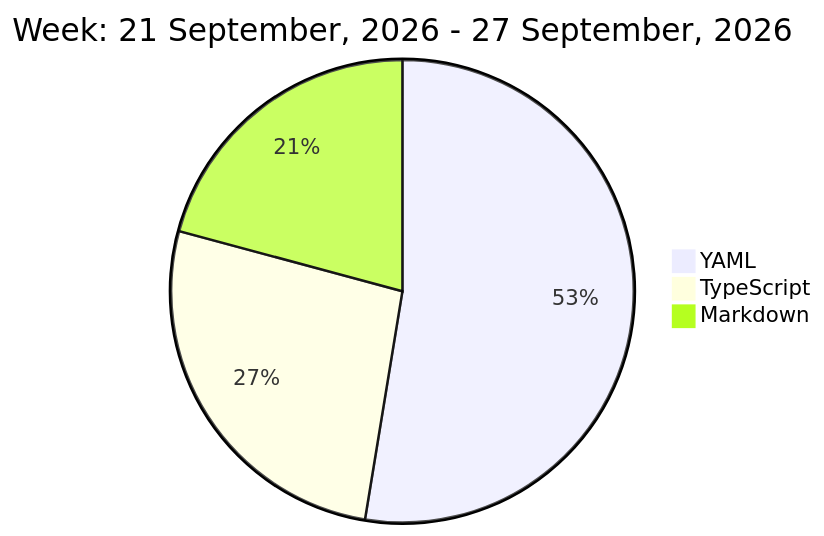
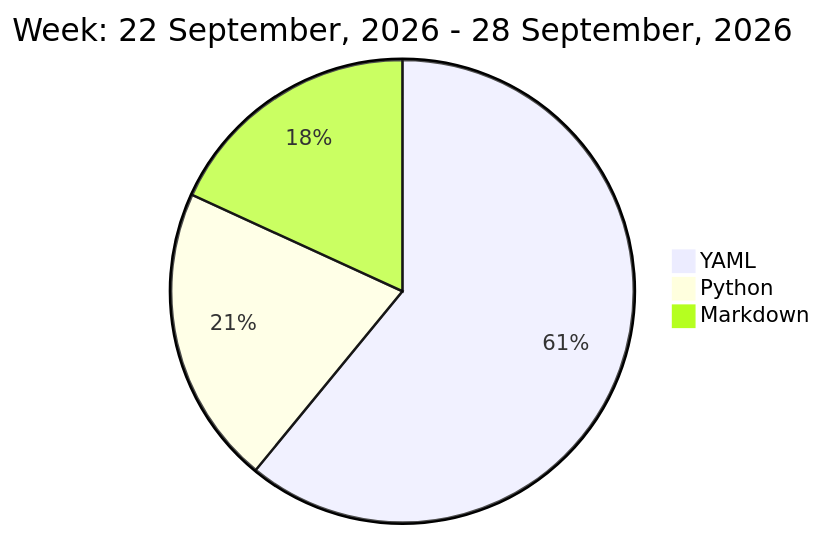
Before and after one commit to liubin95/liubin95: the diagram in README.md, drawn with Mermaid.

Commit message:
Updated the Graph with new Metrics

````diff
--- a/README.md
+++ b/README.md
@@ -32,7 +32,7 @@
 ```mermaid
  pie
-title Week: 21 September, 2026 - 27 September, 2026
- "YAML" : 5.18
- "TypeScript" : 2.62
- "Markdown" : 2.05
+title Week: 22 September, 2026 - 28 September, 2026
+ "YAML" : 4.43
+ "Python" : 1.52
+ "Markdown" : 1.32
 ```
````
